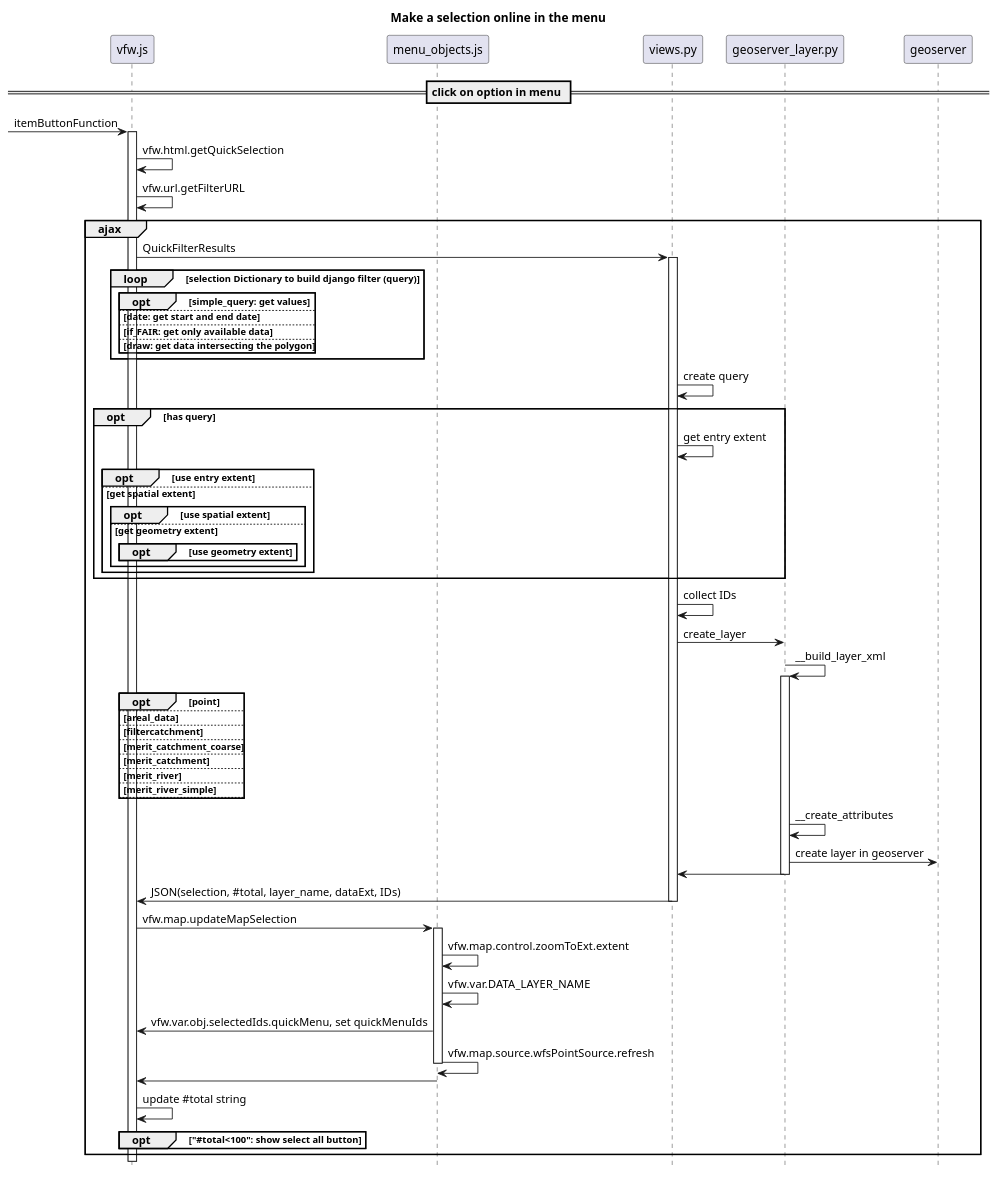
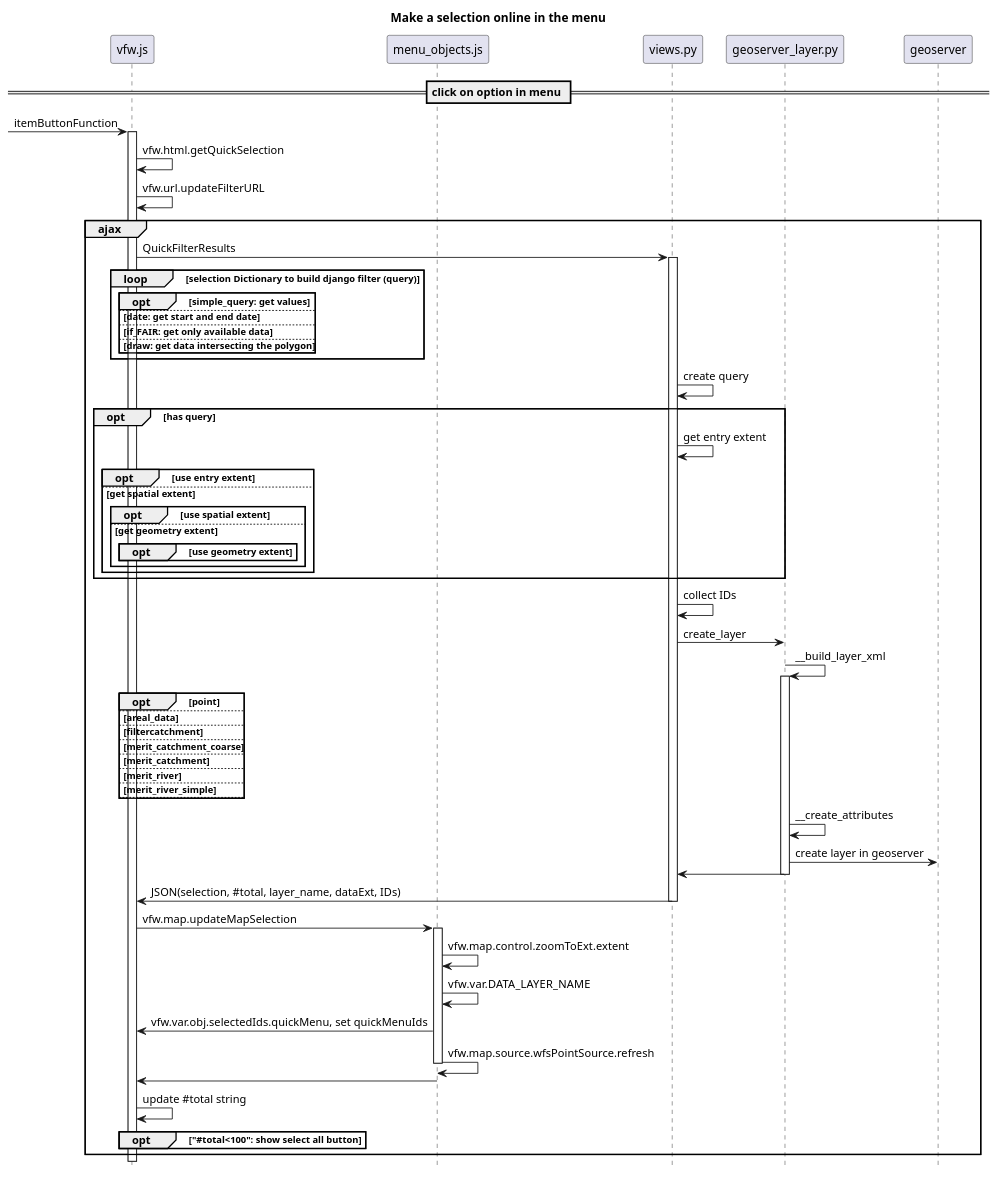
The diagram in diagrams/Seq_Selection.puml (VForWaTer/vforwater-portal), drawn with PlantUML before and after one commit. The commit also changed 7 other files, not shown here.

```diff
--- a/diagrams/Seq_Selection.puml
+++ b/diagrams/Seq_Selection.puml
@@ -1,64 +1,64 @@
 @startuml
 
 participant vfw.js
 participant menu_objects.js
 title Make a selection online in the menu
 
 hide footbox
 
 
 == click on option in menu ==
 ' actor user #lightblue
 [-> vfw.js ++: itemButtonFunction
 vfw.js -> vfw.js: vfw.html.getQuickSelection
-vfw.js -> vfw.js: vfw.url.getFilterURL
+vfw.js -> vfw.js: vfw.url.updateFilterURL
 group ajax
 vfw.js -> views.py ++: QuickFilterResults
 loop selection Dictionary to build django filter (query)
     opt simple_query: get values
     else date: get start and end date
     else if_FAIR: get only available data
     else draw: get data intersecting the polygon
     end
 end
 views.py -> views.py: create query
 opt has query
     views.py -> views.py: get entry extent
     opt use entry extent
     else get spatial extent
         opt use spatial extent
         else get geometry extent
             opt use geometry extent
             end
         end
     end
 end
 views.py -> views.py: collect IDs
 views.py -> geoserver_layer.py: create_layer
 geoserver_layer.py -> geoserver_layer.py ++: __build_layer_xml
 opt point
 else areal_data
 else filtercatchment
 else merit_catchment_coarse
 else merit_catchment
 else merit_river
 else merit_river_simple
 else
 end
 geoserver_layer.py -> geoserver_layer.py: __create_attributes
 geoserver_layer.py -> geoserver: create layer in geoserver
 geoserver_layer.py -> views.py --:
 views.py -> vfw.js --: JSON(selection, #total, layer_name, dataExt, IDs)
 vfw.js -> menu_objects.js ++: vfw.map.updateMapSelection
 menu_objects.js -> menu_objects.js: vfw.map.control.zoomToExt.extent
 menu_objects.js -> menu_objects.js: vfw.var.DATA_LAYER_NAME
 menu_objects.js -> vfw.js: vfw.var.obj.selectedIds.quickMenu, set quickMenuIds
 menu_objects.js -> menu_objects.js --: vfw.map.source.wfsPointSource.refresh
 menu_objects.js -> vfw.js
 vfw.js -> vfw.js: update #total string
 opt "#total<100": show select all button
 end
 end
 
 
 @enduml
```
